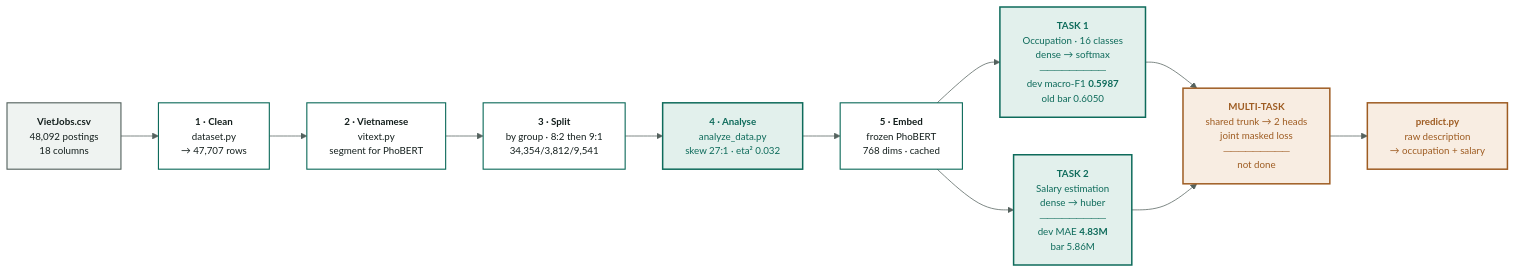
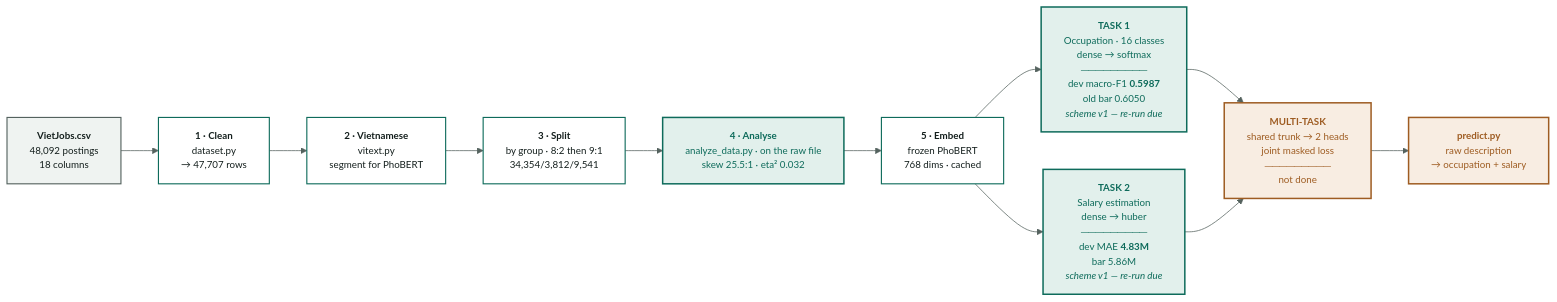
The diagram in docs/00-tong-quan.md (boy2407/vietjobs), drawn with Mermaid before and after one commit. The commit also changed other lines of this file and 58 other files, not shown here.

````diff
--- a/docs/00-tong-quan.md
+++ b/docs/00-tong-quan.md
@@ -35,34 +35,34 @@
 ```mermaid
 %%{init:{'theme':'base','themeVariables':{
   'primaryColor':'#EFF3F1','primaryTextColor':'#141F1D','primaryBorderColor':'#54625E',
   'lineColor':'#54625E','fontSize':'13px','fontFamily':'Be Vietnam Pro, Segoe UI, sans-serif',
   'clusterBkg':'#FFFFFF','clusterBorder':'#C3CFCB','edgeLabelBackground':'#FFFFFF',
   'secondaryColor':'#FFFFFF','tertiaryColor':'#FFFFFF','mainBkg':'#FFFFFF',
   'nodeTextColor':'#141F1D','titleColor':'#141F1D'}}}%%
 flowchart LR
     classDef default fill:#FFFFFF,stroke:#54625E,stroke-width:1.5px,color:#141F1D
     RAW["<b>VietJobs.csv</b><br/>48,092 postings<br/>18 columns"]
     CLEAN["<b>1 · Clean</b><br/>dataset.py<br/>→ 47,707 rows"]
     VI["<b>2 · Vietnamese</b><br/>vitext.py<br/>segment for PhoBERT"]
     SPLIT["<b>3 · Split</b><br/>by group · 8:2 then 9:1<br/>34,354/3,812/9,541"]
-    EDA["<b>4 · Analyse</b><br/>analyze_data.py<br/>skew 27:1 · eta² 0.032"]
+    EDA["<b>4 · Analyse</b><br/>analyze_data.py · on the raw file<br/>skew 25.5:1 · eta² 0.032"]
     ENC["<b>5 · Embed</b><br/>frozen PhoBERT<br/>768 dims · cached"]
-    A["<b>TASK 1</b><br/>Occupation · 16 classes<br/>dense → softmax<br/>─────────<br/>dev macro-F1 <b>0.5987</b><br/>old bar 0.6050"]
-    B["<b>TASK 2</b><br/>Salary estimation<br/>dense → huber<br/>─────────<br/>dev MAE <b>4.83M</b><br/>bar 5.86M"]
+    A["<b>TASK 1</b><br/>Occupation · 16 classes<br/>dense → softmax<br/>─────────<br/>dev macro-F1 <b>0.5987</b><br/>old bar 0.6050<br/><i>scheme v1 — re-run due</i>"]
+    B["<b>TASK 2</b><br/>Salary estimation<br/>dense → huber<br/>─────────<br/>dev MAE <b>4.83M</b><br/>bar 5.86M<br/><i>scheme v1 — re-run due</i>"]
     MT["<b>MULTI-TASK</b><br/>shared trunk → 2 heads<br/>joint masked loss<br/>─────────<br/>not done"]
     SYS["<b>predict.py</b><br/>raw description<br/>→ occupation + salary"]
 
     RAW --> CLEAN --> VI --> SPLIT --> EDA --> ENC
     ENC --> A --> MT
     ENC --> B --> MT
     MT --> SYS
 
     classDef done fill:#E2F0EC,stroke:#0E6B5B,stroke-width:2px,color:#0E6B5B
     classDef todo fill:#F8EDE2,stroke:#9E5C22,stroke-width:2px,color:#9E5C22
     classDef ok fill:#FFFFFF,stroke:#0E6B5B,stroke-width:1.5px,color:#141F1D
     classDef data fill:#EFF3F1,stroke:#54625E,stroke-width:1.5px,color:#141F1D
     class RAW data
     class CLEAN,VI,SPLIT,ENC ok
     class EDA,A,B done
     class MT,SYS todo
 ```
````
